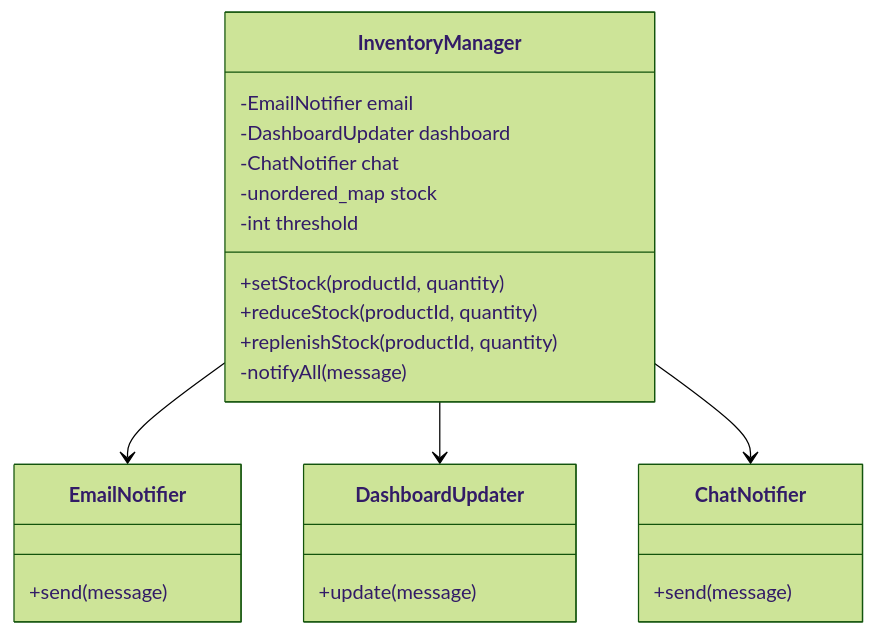
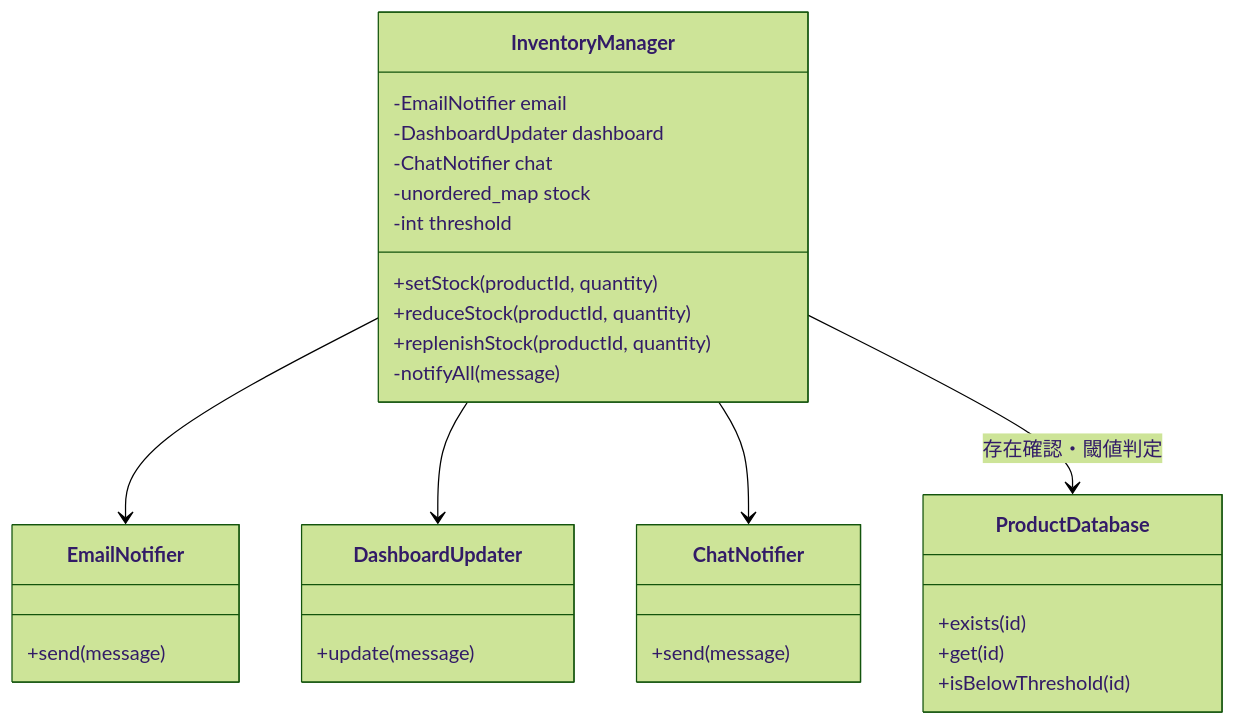
The second of 6 diagrams in kindle/design-patterns/output/chapter07.md (kumachan1101-pixel/DesignPattern), drawn with Mermaid (forest theme) before and after one commit. The commit also changed other lines of this file and 1 other file, not shown here.

````diff
--- a/kindle/design-patterns/output/chapter07.md
+++ b/kindle/design-patterns/output/chapter07.md
@@ -141,27 +132,33 @@
 ```mermaid
 classDiagram
     class InventoryManager {
         -EmailNotifier email
         -DashboardUpdater dashboard
         -ChatNotifier chat
         -unordered_map stock
         -int threshold
         +setStock(productId, quantity)
         +reduceStock(productId, quantity)
         +replenishStock(productId, quantity)
         -notifyAll(message)
     }
     class EmailNotifier {
         +send(message)
     }
     class DashboardUpdater {
         +update(message)
     }
     class ChatNotifier {
         +send(message)
     }
+    class ProductDatabase {
+        +exists(id)
+        +get(id)
+        +isBelowThreshold(id)
+    }
     InventoryManager --> EmailNotifier
     InventoryManager --> DashboardUpdater
     InventoryManager --> ChatNotifier
+    InventoryManager --> ProductDatabase : 存在確認・閾値判定
 
 ```
````
